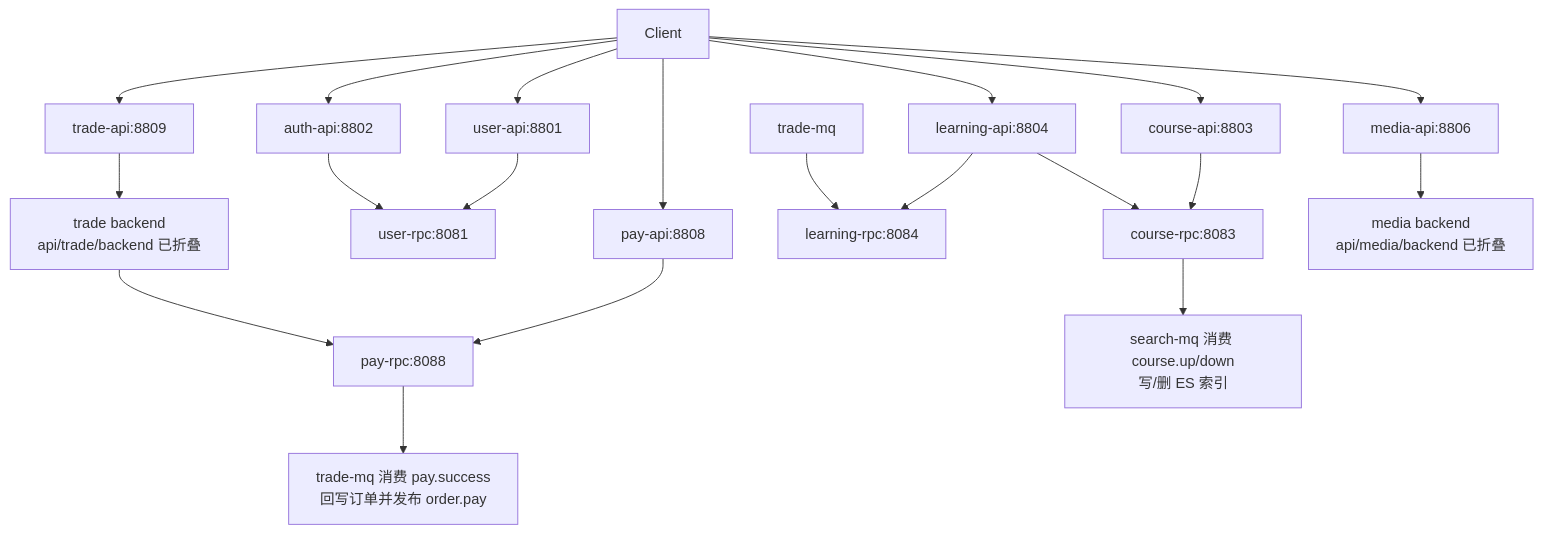
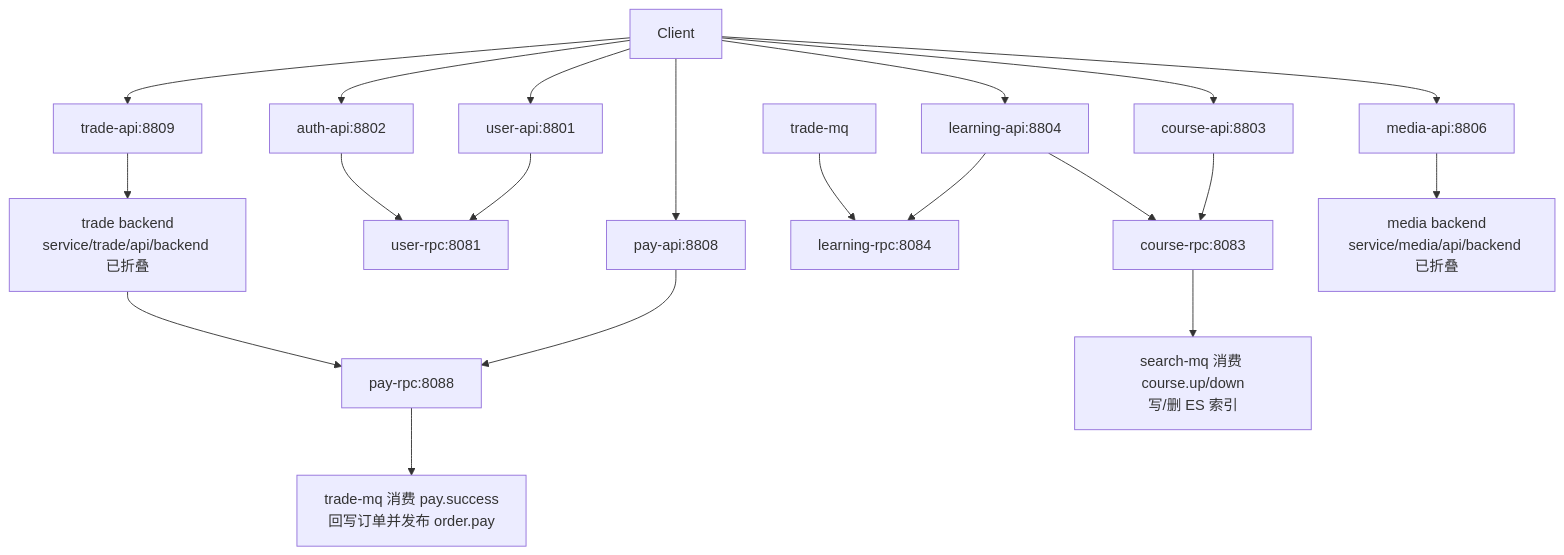
Before and after one commit to SonderLives/tjxt: the diagram in openspec/specs/architecture/service-topology/spec.md, drawn with Mermaid. The commit also changed other lines of this file and 29 other files, not shown here.

````diff
--- a/openspec/specs/architecture/service-topology/spec.md
+++ b/openspec/specs/architecture/service-topology/spec.md
@@ -15,24 +15,24 @@
 ```mermaid
 graph TD
     Client[Client] --> UserAPI[user-api:8801]
     Client --> AuthAPI[auth-api:8802]
     Client --> CourseAPI[course-api:8803]
     Client --> LearningAPI[learning-api:8804]
     Client --> PayAPI[pay-api:8808]
     Client --> TradeAPI[trade-api:8809]
     Client --> MediaAPI[media-api:8806]
 
     UserAPI --> UserRPC[user-rpc:8081]
     AuthAPI --> UserRPC
     CourseAPI --> CourseRPC[course-rpc:8083]
     LearningAPI --> LearningRPC[learning-rpc:8084]
     LearningAPI --> CourseRPC
     PayAPI --> PayRPC[pay-rpc:8088]
-    TradeAPI --> TradeBackend[trade backend<br/>api/trade/backend 已折叠]
+    TradeAPI --> TradeBackend[trade backend<br/>service/trade/api/backend 已折叠]
     TradeBackend --> PayRPC
-    MediaAPI --> MediaBackend[media backend<br/>api/media/backend 已折叠]
+    MediaAPI --> MediaBackend[media backend<br/>service/media/api/backend 已折叠]
 
     PayRPC --> PayMQ[trade-mq 消费 pay.success<br/>回写订单并发布 order.pay]
     TradeMQ[trade-mq] --> LearningRPC
     CourseRPC --> SearchMQ[search-mq 消费 course.up/down<br/>写/删 ES 索引]
 ```
````
